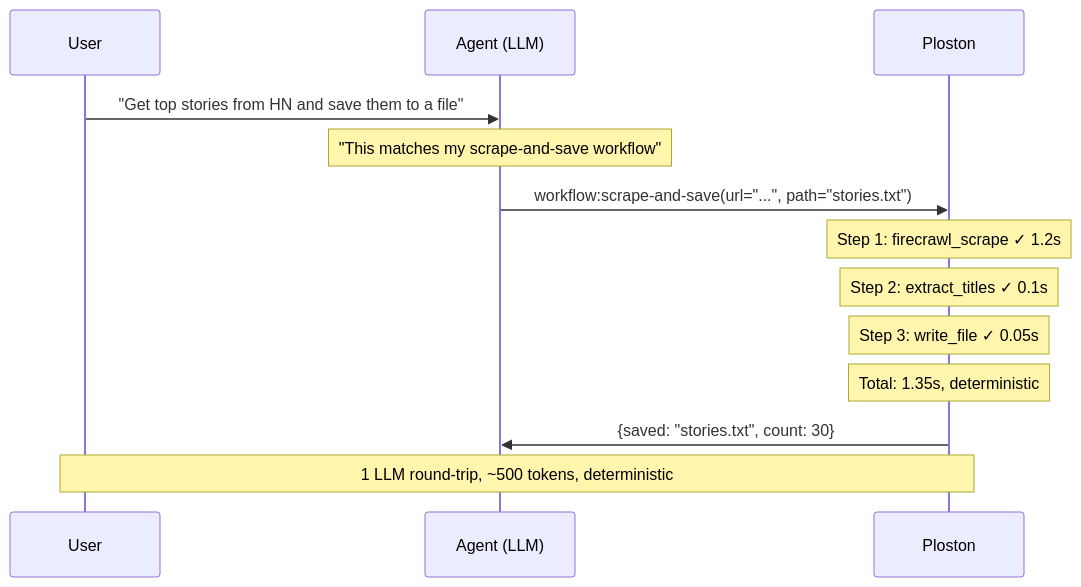
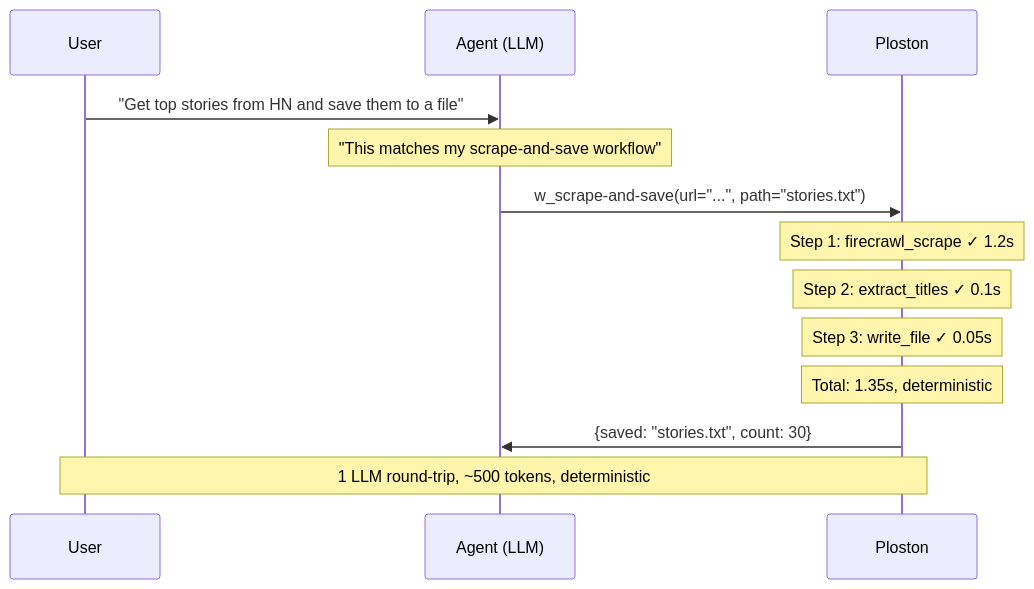
One commit to ostanlabs/ael_documentation changed the first of 2 diagrams in docs/concepts/how-ploston-works.md. Above: the diagram before and after it, drawn with Mermaid. The commit also changed other lines of this file and 20 other files, not shown here.

````diff
--- a/docs/concepts/how-ploston-works.md
+++ b/docs/concepts/how-ploston-works.md
@@ -58,19 +74,19 @@
 ```mermaid
 sequenceDiagram
     participant User
     participant Agent as Agent (LLM)
     participant Ploston
 
     User->>Agent: "Get top stories from HN and save them to a file"
     Note over Agent: "This matches my scrape-and-save workflow"
-    Agent->>Ploston: workflow:scrape-and-save(url="...", path="stories.txt")
+    Agent->>Ploston: w_scrape-and-save(url="...", path="stories.txt")
 
     Note over Ploston: Step 1: firecrawl_scrape ✓ 1.2s
     Note over Ploston: Step 2: extract_titles ✓ 0.1s
     Note over Ploston: Step 3: write_file ✓ 0.05s
     Note over Ploston: Total: 1.35s, deterministic
 
     Ploston->>Agent: {saved: "stories.txt", count: 30}
 
     Note over User,Ploston: 1 LLM round-trip, ~500 tokens, deterministic
 ```
````
